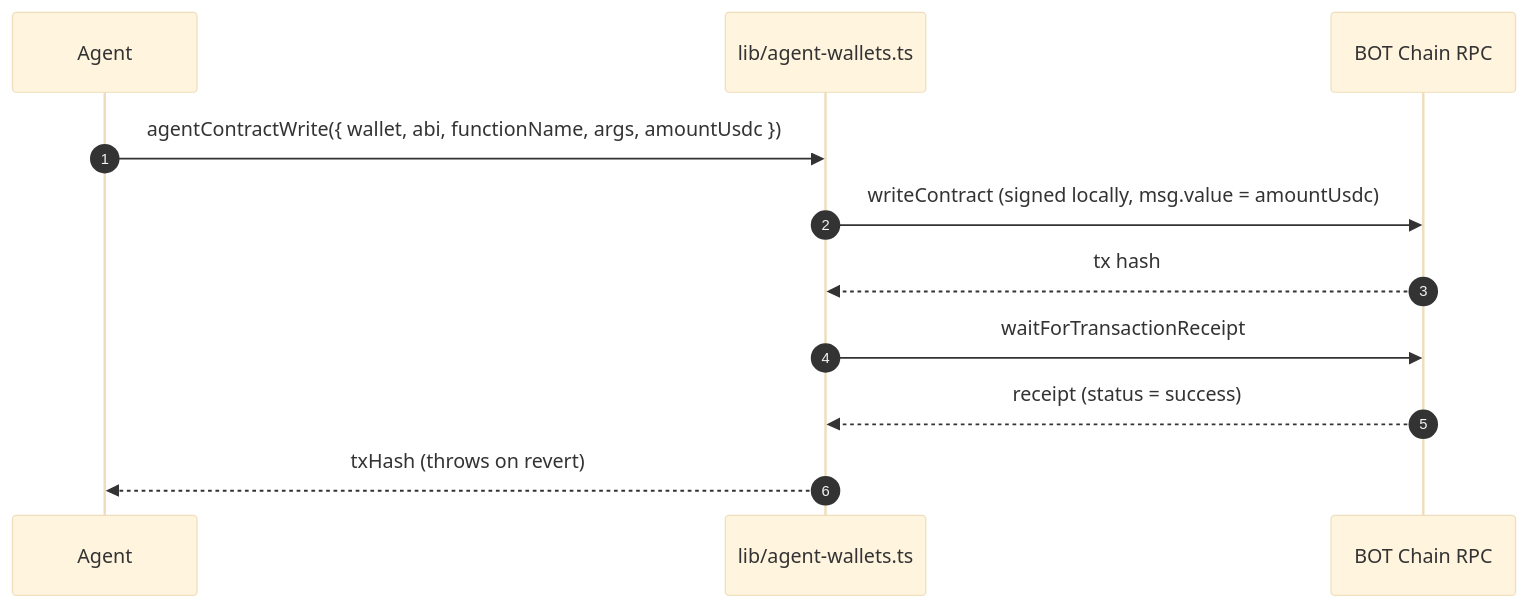
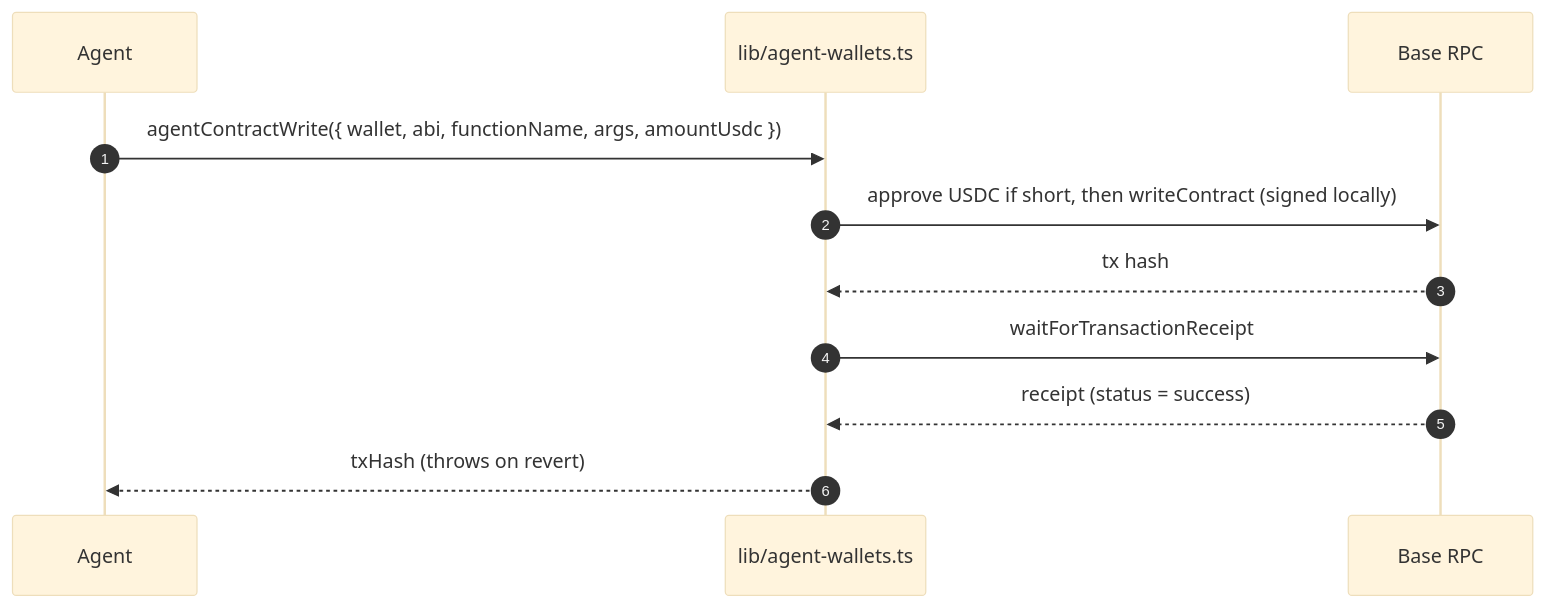
One commit to enliven17/mimir-base changed the eighth of 11 diagrams in README.md. Above: the diagram before and after it, drawn with Mermaid (base theme). The commit also changed other lines of this file and 3 other files, not shown here.

First line of the commit message:
docs(readme): Base/USDC/x402 rewrite; fix build under the new stack

````diff
--- a/README.md
+++ b/README.md
@@ -359,14 +376,14 @@
 ```mermaid
 sequenceDiagram
     autonumber
     participant Agent
     participant Helper as lib/agent-wallets.ts
-    participant Chain as BOT Chain RPC
+    participant Chain as Base RPC
 
     Agent->>Helper: agentContractWrite({ wallet, abi, functionName, args, amountUsdc })
-    Helper->>Chain: writeContract (signed locally, msg.value = amountUsdc)
+    Helper->>Chain: approve USDC if short, then writeContract (signed locally)
     Chain-->>Helper: tx hash
     Helper->>Chain: waitForTransactionReceipt
     Chain-->>Helper: receipt (status = success)
     Helper-->>Agent: txHash (throws on revert)
 ```
````
